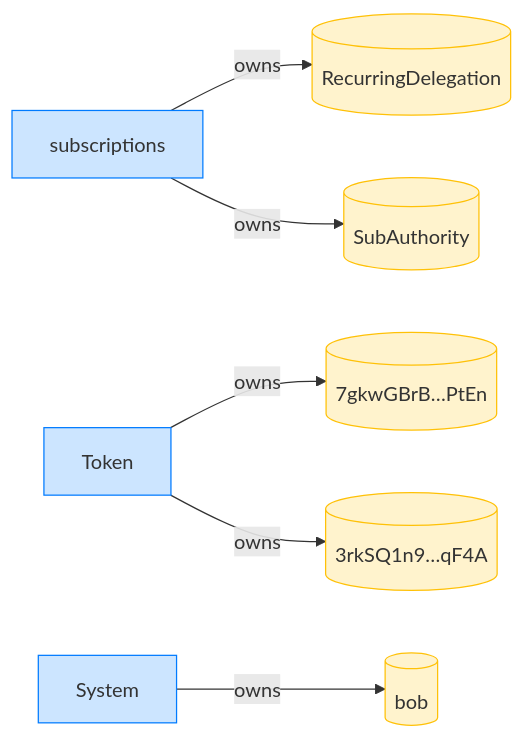
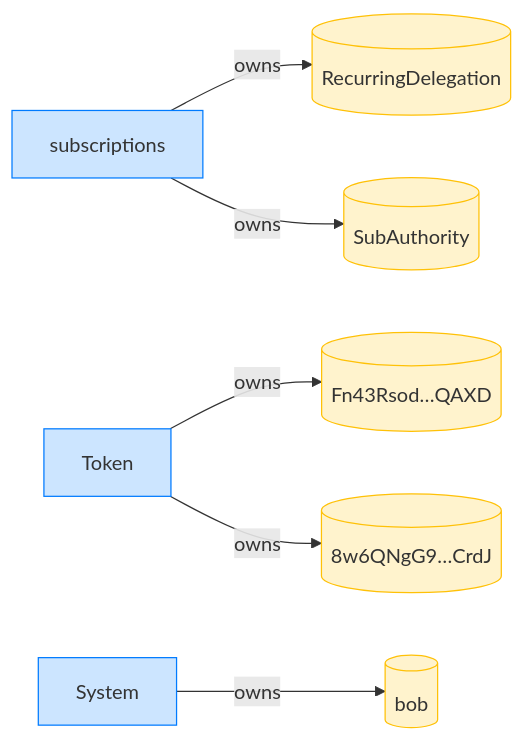
Before and after one commit to cds-rs/subscriptions: diagram 12 of 12 in dsl_tests/recurring-transfer-after-expiry-is-refused.md, drawn with Mermaid. The commit also changed other lines of this file and 224 other files, not shown here.

````diff
--- a/dsl_tests/recurring-transfer-after-expiry-is-refused.md
+++ b/dsl_tests/recurring-transfer-after-expiry-is-refused.md
@@ -237,18 +251,18 @@
 ```mermaid
 flowchart LR
     classDef owner fill:#cce5ff,stroke:#007bff;
     classDef account fill:#fff3cd,stroke:#ffc107;
     subscriptions[subscriptions]:::owner
     RecurringDelegation[(RecurringDelegation)]:::account
     SubAuthority[(SubAuthority)]:::account
     Token[Token]:::owner
-    7gkwGBrB_PtEn[("7gkwGBrB…PtEn")]:::account
-    3rkSQ1n9_qF4A[("3rkSQ1n9…qF4A")]:::account
+    Fn43Rsod_QAXD[("Fn43Rsod…QAXD")]:::account
+    8w6QNgG9_CrdJ[("8w6QNgG9…CrdJ")]:::account
     System[System]:::owner
     bob[(bob)]:::account
     subscriptions -->|owns| RecurringDelegation
     subscriptions -->|owns| SubAuthority
-    Token -->|owns| 7gkwGBrB_PtEn
-    Token -->|owns| 3rkSQ1n9_qF4A
+    Token -->|owns| Fn43Rsod_QAXD
+    Token -->|owns| 8w6QNgG9_CrdJ
     System -->|owns| bob
 ```
````
